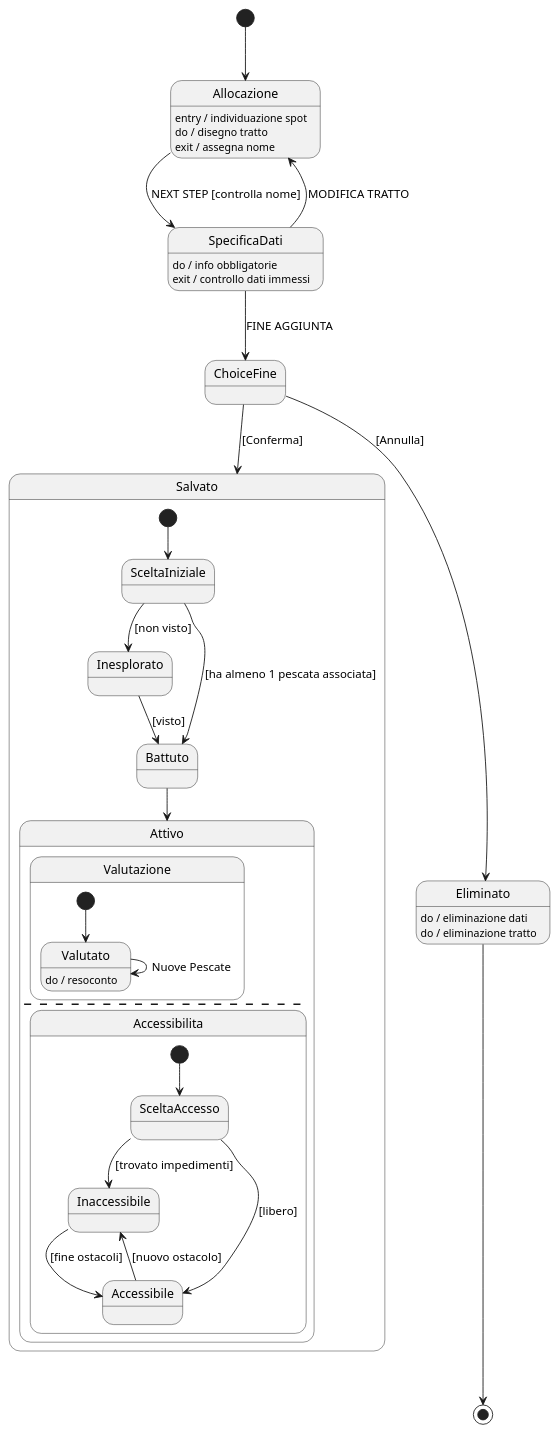
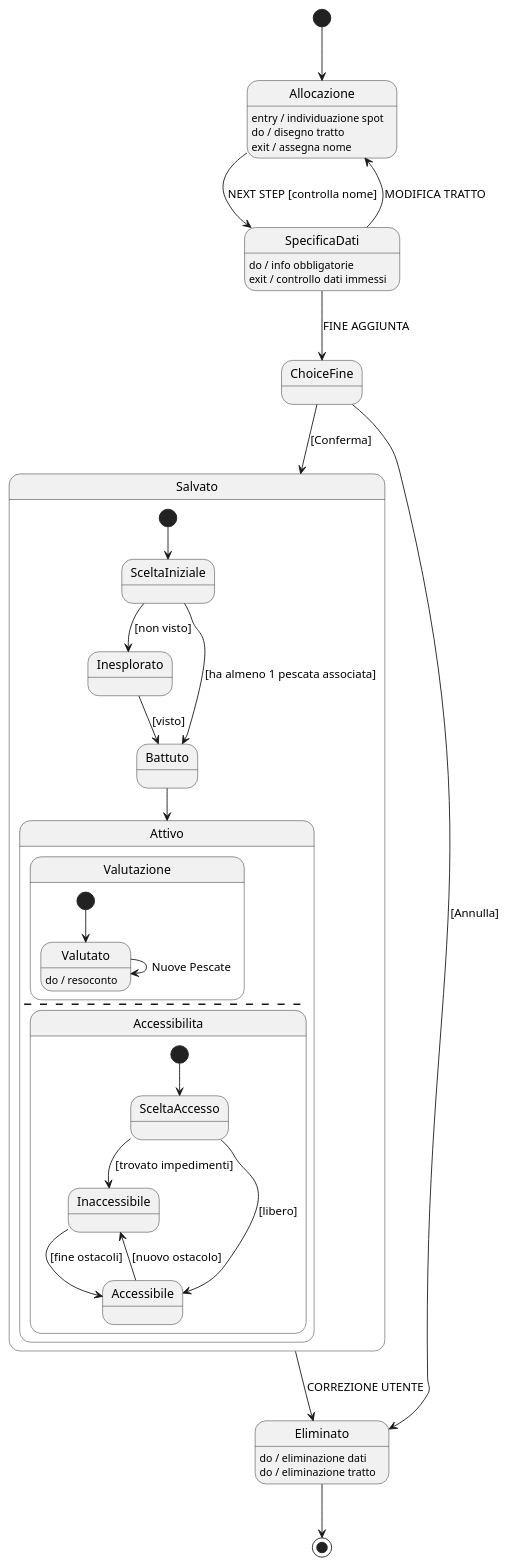
One commit to LocaCele04/LC_Tesi changed the diagram in diagrams/diagramma_stati_spot.puml. Above: the diagram before and after it, drawn with PlantUML. The commit also changed 1 other file, not shown here.

Commit message:
conclusione stato salvato

```diff
--- a/diagrams/diagramma_stati_spot.puml
+++ b/diagrams/diagramma_stati_spot.puml
@@ -1,59 +1,61 @@
 @startuml Diagramma_stati_spot
 
 [*] --> Allocazione
 
 Allocazione : entry / individuazione spot
 Allocazione : do / disegno tratto
 Allocazione : exit / assegna nome
 
 Allocazione --> SpecificaDati : NEXT STEP [controlla nome]
 
 SpecificaDati : do / info obbligatorie
 SpecificaDati : exit / controllo dati immessi
 
 SpecificaDati --> Allocazione : MODIFICA TRATTO
 SpecificaDati --> ChoiceFine : FINE AGGIUNTA
 
 state ChoiceFine <<choice>>
 ChoiceFine --> Salvato : [Conferma]
 ChoiceFine --> Eliminato : [Annulla]
 
 Eliminato : do / eliminazione dati
 Eliminato : do / eliminazione tratto
 Eliminato --> [*]
+
+Salvato --> Eliminato : CORREZIONE UTENTE
 
 state Salvato {
 
   [*] --> SceltaIniziale
   state SceltaIniziale <<choice>>
   SceltaIniziale --> Inesplorato : [non visto]
   SceltaIniziale --> Battuto : [ha almeno 1 pescata associata]
 
   Inesplorato --> Battuto : [visto]
 
   Battuto --> Attivo
 
   ' --- da qui lo spot è contemporaneamente in due stati indipendenti ---
   state Attivo{
 
     state Valutazione {
       [*] --> Valutato
       Valutato : do / resoconto
       Valutato --> Valutato : Nuove Pescate
     }
 
     --
 
     state Accessibilita {
       [*] --> SceltaAccesso
       state SceltaAccesso <<choice>>
       SceltaAccesso --> Inaccessibile : [trovato impedimenti]
       SceltaAccesso --> Accessibile : [libero]
 
       Inaccessibile --> Accessibile : [fine ostacoli]
       Accessibile --> Inaccessibile : [nuovo ostacolo]
     }
   }
 }
 
 @enduml
```
